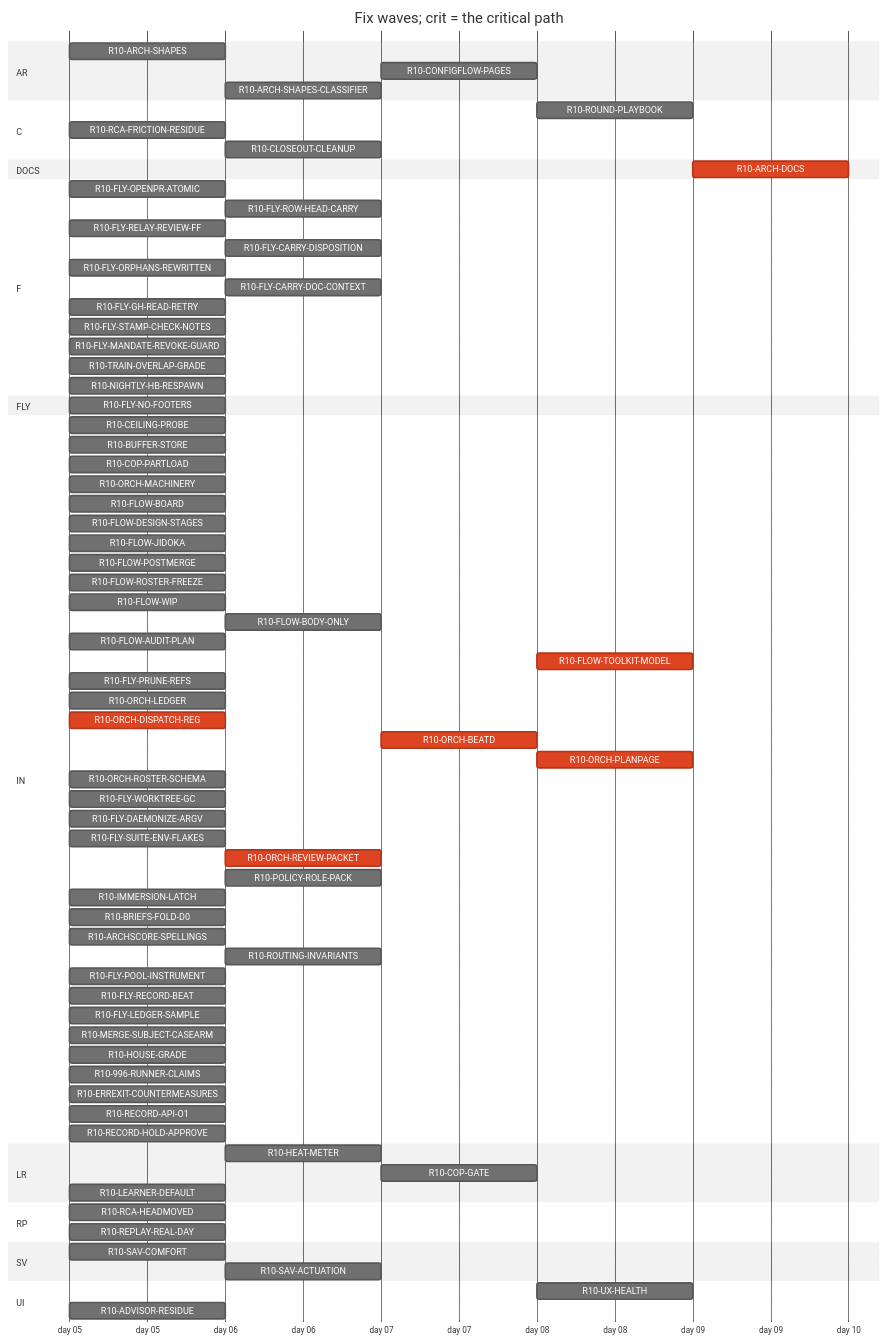
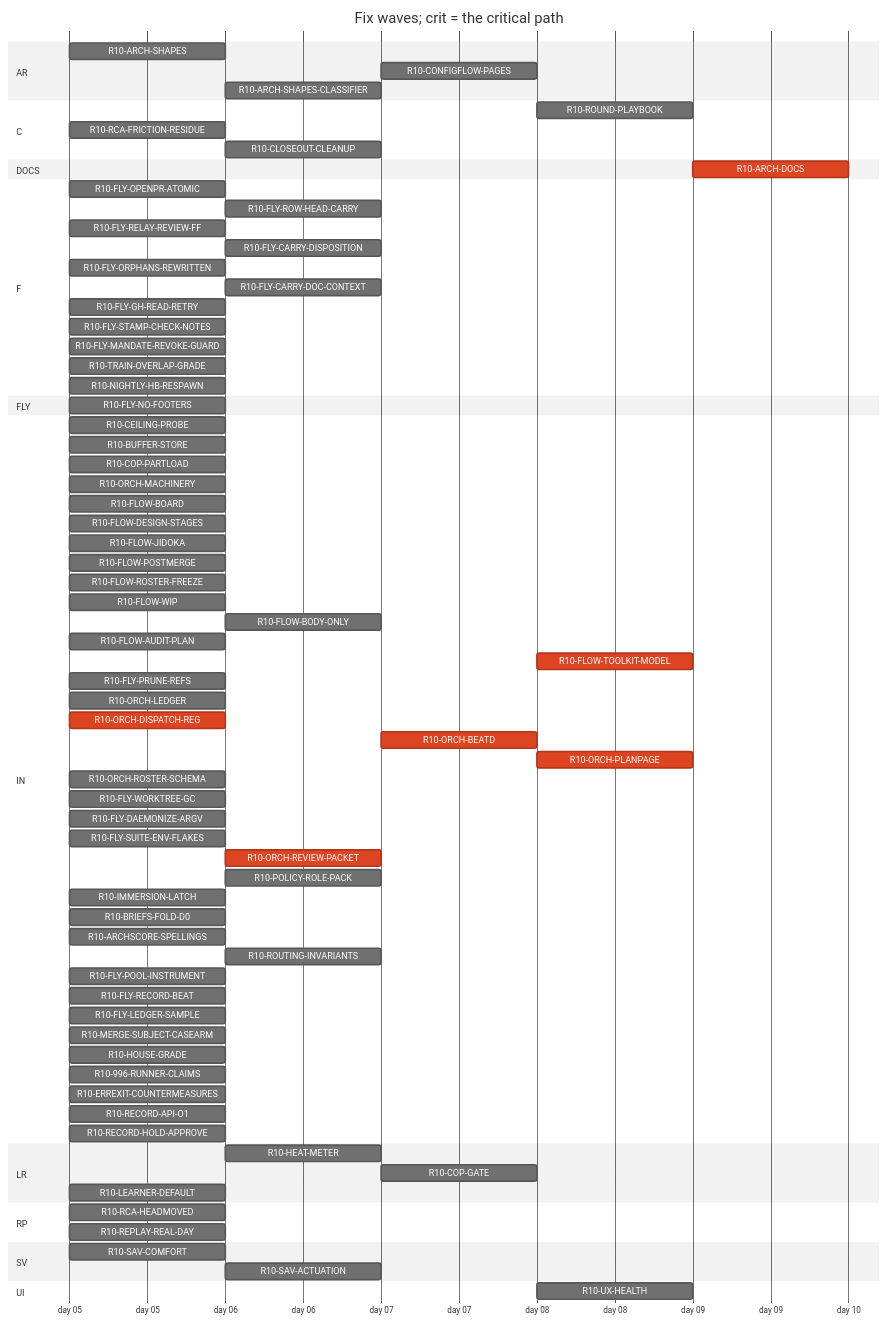
The diagram in handoff/round10/state/PLAN-TABLE.md (tvofi/heatpump_optimizer), drawn with Mermaid (neutral theme) before and after one commit. The commit also changed other lines of this file and 2 other files, not shown here.

````diff
--- a/handoff/round10/state/PLAN-TABLE.md
+++ b/handoff/round10/state/PLAN-TABLE.md
@@ -23,81 +23,80 @@
 ```mermaid
 gantt
   title Fix waves; crit = the critical path
   dateFormat YYYY-MM-DD
   axisFormat day %d
   section AR
     R10-ARCH-SHAPES :r10ARCHSHAPES, 2026-01-05, 1d
     R10-CONFIGFLOW-PAGES :r10CONFIGFLOWPAGES, after r10HEATMETER, 1d
     R10-ARCH-SHAPES-CLASSIFIER :r10ARCHSHAPESCLASSIFIER, after r10996RUNNERCLAIMS r10ARCHSHAPES, 1d
   section C
     R10-ROUND-PLAYBOOK :r10ROUNDPLAYBOOK, after r10FLOWAUDITPLAN r10ORCHLEDGER r10ORCHDISPATCHREG r10ORCHBEATD r10ORCHPLANPAGE r10FLYRELAYREVIEWFF r10FLOWROSTERFREEZE r10FLOWBODYONLY, 1d
     R10-RCA-FRICTION-RESIDUE :r10RCAFRICTIONRESIDUE, 2026-01-05, 1d
     R10-CLOSEOUT-CLEANUP :r10CLOSEOUTCLEANUP, after r10FLYPRUNEREFS r10FLYWORKTREEGC, 1d
   section DOCS
-    R10-ARCH-DOCS :crit, r10ARCHDOCS, after r10ARCHSHAPES r10HEATMETER r10COPGATE r10UXHEALTH r10CONFIGFLOWPAGES r10RCAHEADMOVED r10SAVCOMFORT r10CEILINGPROBE r10BUFFERSTORE r10COPPARTLOAD r10LEARNERDEFAULT r10FLOWBOARD r10FLOWDESIGNSTAGES r10FLOWJIDOKA r10FLOWPOSTMERGE r10FLOWROSTERFREEZE r10FLOWWIP r10FLOWBODYONLY r10FLYOPENPRATOMIC r10FLYROWHEADCARRY r10FLOWAUDITPLAN r10FLYRELAYREVIEWFF r10FLYCARRYDISPOSITION r10FLYORPHANSREWRITTEN r10FLYCARRYDOCCONTEXT r10FLOWTOOLKITMODEL r10FLYSTAMPCHECKNOTES r10FLYMANDATEREVOKEGUARD r10RCAFRICTIONRESIDUE r10TRAINOVERLAPGRADE r10NIGHTLYHBRESPAWN r10FLYPRUNEREFS r10ORCHLEDGER r10ORCHDISPATCHREG r10ORCHBEATD r10ORCHPLANPAGE r10ORCHROSTERSCHEMA r10FLYWORKTREEGC r10FLYDAEMONIZEARGV r10ORCHREVIEWPACKET r10POLICYROLEPACK r10IMMERSIONLATCH r10ADVISORRESIDUE r10BRIEFSFOLDD0 r10REPLAYREALDAY r10ARCHSCORESPELLINGS r10SAVACTUATION r10FLYLEDGERSAMPLE, 1d
+    R10-ARCH-DOCS :crit, r10ARCHDOCS, after r10ARCHSHAPES r10HEATMETER r10COPGATE r10UXHEALTH r10CONFIGFLOWPAGES r10RCAHEADMOVED r10SAVCOMFORT r10CEILINGPROBE r10BUFFERSTORE r10COPPARTLOAD r10LEARNERDEFAULT r10FLOWBOARD r10FLOWDESIGNSTAGES r10FLOWJIDOKA r10FLOWPOSTMERGE r10FLOWROSTERFREEZE r10FLOWWIP r10FLOWBODYONLY r10FLYOPENPRATOMIC r10FLYROWHEADCARRY r10FLOWAUDITPLAN r10FLYRELAYREVIEWFF r10FLYCARRYDISPOSITION r10FLYORPHANSREWRITTEN r10FLYCARRYDOCCONTEXT r10FLOWTOOLKITMODEL r10FLYSTAMPCHECKNOTES r10FLYMANDATEREVOKEGUARD r10RCAFRICTIONRESIDUE r10TRAINOVERLAPGRADE r10NIGHTLYHBRESPAWN r10FLYPRUNEREFS r10ORCHLEDGER r10ORCHDISPATCHREG r10ORCHBEATD r10ORCHPLANPAGE r10ORCHROSTERSCHEMA r10FLYWORKTREEGC r10FLYDAEMONIZEARGV r10ORCHREVIEWPACKET r10POLICYROLEPACK r10IMMERSIONLATCH r10BRIEFSFOLDD0 r10REPLAYREALDAY r10ARCHSCORESPELLINGS r10SAVACTUATION r10FLYLEDGERSAMPLE, 1d
   section F
     R10-FLY-OPENPR-ATOMIC :r10FLYOPENPRATOMIC, 2026-01-05, 1d
     R10-FLY-ROW-HEAD-CARRY :r10FLYROWHEADCARRY, after r10FLYOPENPRATOMIC, 1d
     R10-FLY-RELAY-REVIEW-FF :r10FLYRELAYREVIEWFF, 2026-01-05, 1d
     R10-FLY-CARRY-DISPOSITION :r10FLYCARRYDISPOSITION, after r10FLYORPHANSREWRITTEN, 1d
     R10-FLY-ORPHANS-REWRITTEN :r10FLYORPHANSREWRITTEN, 2026-01-05, 1d
     R10-FLY-CARRY-DOC-CONTEXT :r10FLYCARRYDOCCONTEXT, after r10FLYGHREADRETRY, 1d
     R10-FLY-GH-READ-RETRY :r10FLYGHREADRETRY, 2026-01-05, 1d
     R10-FLY-STAMP-CHECK-NOTES :r10FLYSTAMPCHECKNOTES, 2026-01-05, 1d
     R10-FLY-MANDATE-REVOKE-GUARD :r10FLYMANDATEREVOKEGUARD, 2026-01-05, 1d
     R10-TRAIN-OVERLAP-GRADE :r10TRAINOVERLAPGRADE, 2026-01-05, 1d
     R10-NIGHTLY-HB-RESPAWN :r10NIGHTLYHBRESPAWN, 2026-01-05, 1d
   section FLY
     R10-FLY-NO-FOOTERS :r10FLYNOFOOTERS, 2026-01-05, 1d
   section IN
     R10-CEILING-PROBE :r10CEILINGPROBE, 2026-01-05, 1d
     R10-BUFFER-STORE :r10BUFFERSTORE, 2026-01-05, 1d
     R10-COP-PARTLOAD :r10COPPARTLOAD, 2026-01-05, 1d
     R10-ORCH-MACHINERY :r10ORCHMACHINERY, 2026-01-05, 1d
     R10-FLOW-BOARD :r10FLOWBOARD, 2026-01-05, 1d
     R10-FLOW-DESIGN-STAGES :r10FLOWDESIGNSTAGES, 2026-01-05, 1d
     R10-FLOW-JIDOKA :r10FLOWJIDOKA, 2026-01-05, 1d
     R10-FLOW-POSTMERGE :r10FLOWPOSTMERGE, 2026-01-05, 1d
     R10-FLOW-ROSTER-FREEZE :r10FLOWROSTERFREEZE, 2026-01-05, 1d
     R10-FLOW-WIP :r10FLOWWIP, 2026-01-05, 1d
     R10-FLOW-BODY-ONLY :r10FLOWBODYONLY, after r10FLYOPENPRATOMIC, 1d
     R10-FLOW-AUDIT-PLAN :r10FLOWAUDITPLAN, 2026-01-05, 1d
     R10-FLOW-TOOLKIT-MODEL :crit, r10FLOWTOOLKITMODEL, after r10ORCHPLANPAGE, 1d
     R10-FLY-PRUNE-REFS :r10FLYPRUNEREFS, 2026-01-05, 1d
     R10-ORCH-LEDGER :r10ORCHLEDGER, 2026-01-05, 1d
     R10-ORCH-DISPATCH-REG :crit, r10ORCHDISPATCHREG, 2026-01-05, 1d
     R10-ORCH-BEATD :crit, r10ORCHBEATD, after r10ORCHDISPATCHREG r10ORCHREVIEWPACKET r10FLOWROSTERFREEZE, 1d
     R10-ORCH-PLANPAGE :crit, r10ORCHPLANPAGE, after r10ORCHBEATD, 1d
     R10-ORCH-ROSTER-SCHEMA :r10ORCHROSTERSCHEMA, 2026-01-05, 1d
     R10-FLY-WORKTREE-GC :r10FLYWORKTREEGC, 2026-01-05, 1d
     R10-FLY-DAEMONIZE-ARGV :r10FLYDAEMONIZEARGV, 2026-01-05, 1d
     R10-FLY-SUITE-ENV-FLAKES :r10FLYSUITEENVFLAKES, 2026-01-05, 1d
     R10-ORCH-REVIEW-PACKET :crit, r10ORCHREVIEWPACKET, after r10ORCHDISPATCHREG, 1d
     R10-POLICY-ROLE-PACK :r10POLICYROLEPACK, after r10FLOWDESIGNSTAGES, 1d
     R10-IMMERSION-LATCH :r10IMMERSIONLATCH, 2026-01-05, 1d
     R10-BRIEFS-FOLD-D0 :r10BRIEFSFOLDD0, 2026-01-05, 1d
     R10-ARCHSCORE-SPELLINGS :r10ARCHSCORESPELLINGS, 2026-01-05, 1d
     R10-ROUTING-INVARIANTS :r10ROUTINGINVARIANTS, after r10ORCHROSTERSCHEMA, 1d
     R10-FLY-POOL-INSTRUMENT :r10FLYPOOLINSTRUMENT, 2026-01-05, 1d
     R10-FLY-RECORD-BEAT :r10FLYRECORDBEAT, 2026-01-05, 1d
     R10-FLY-LEDGER-SAMPLE :r10FLYLEDGERSAMPLE, 2026-01-05, 1d
     R10-MERGE-SUBJECT-CASEARM :r10MERGESUBJECTCASEARM, 2026-01-05, 1d
     R10-HOUSE-GRADE :r10HOUSEGRADE, 2026-01-05, 1d
     R10-996-RUNNER-CLAIMS :r10996RUNNERCLAIMS, 2026-01-05, 1d
     R10-ERREXIT-COUNTERMEASURES :r10ERREXITCOUNTERMEASURES, 2026-01-05, 1d
     R10-RECORD-API-O1 :r10RECORDAPIO1, 2026-01-05, 1d
     R10-RECORD-HOLD-APPROVE :r10RECORDHOLDAPPROVE, 2026-01-05, 1d
   section LR
     R10-HEAT-METER :r10HEATMETER, after r10ARCHSHAPES, 1d
     R10-COP-GATE :r10COPGATE, after r10HEATMETER, 1d
     R10-LEARNER-DEFAULT :r10LEARNERDEFAULT, 2026-01-05, 1d
   section RP
     R10-RCA-HEADMOVED :r10RCAHEADMOVED, 2026-01-05, 1d
     R10-REPLAY-REAL-DAY :r10REPLAYREALDAY, 2026-01-05, 1d
   section SV
     R10-SAV-COMFORT :r10SAVCOMFORT, 2026-01-05, 1d
     R10-SAV-ACTUATION :r10SAVACTUATION, after r10SAVCOMFORT, 1d
   section UI
     R10-UX-HEALTH :r10UXHEALTH, after r10COPGATE r10HEATMETER, 1d
-    R10-ADVISOR-RESIDUE :r10ADVISORRESIDUE, 2026-01-05, 1d
 ```
````
